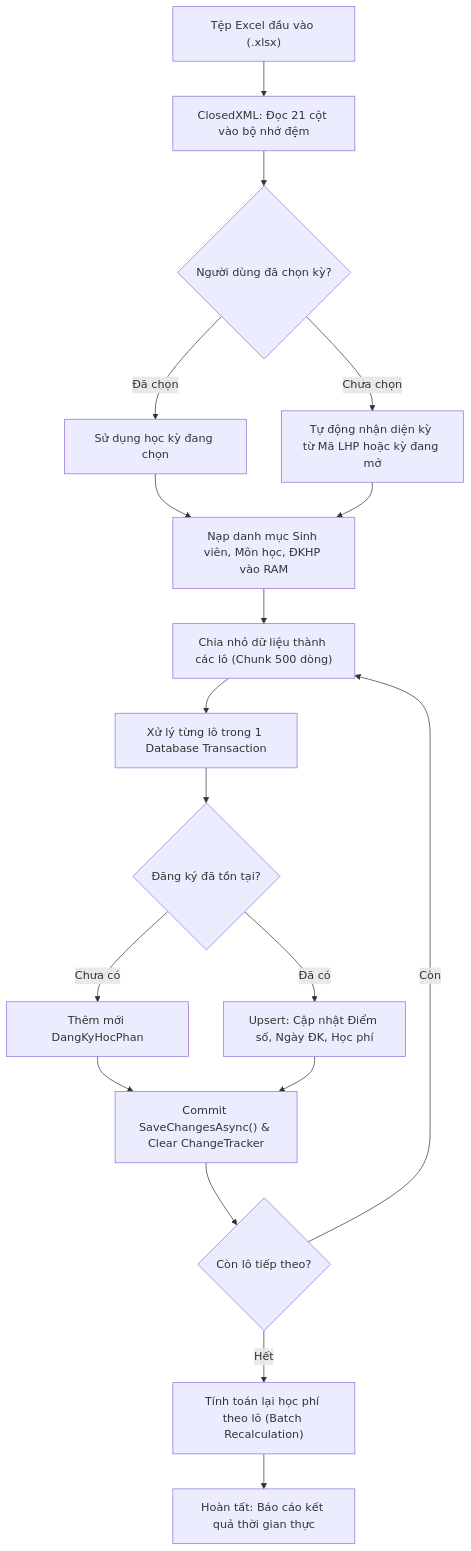
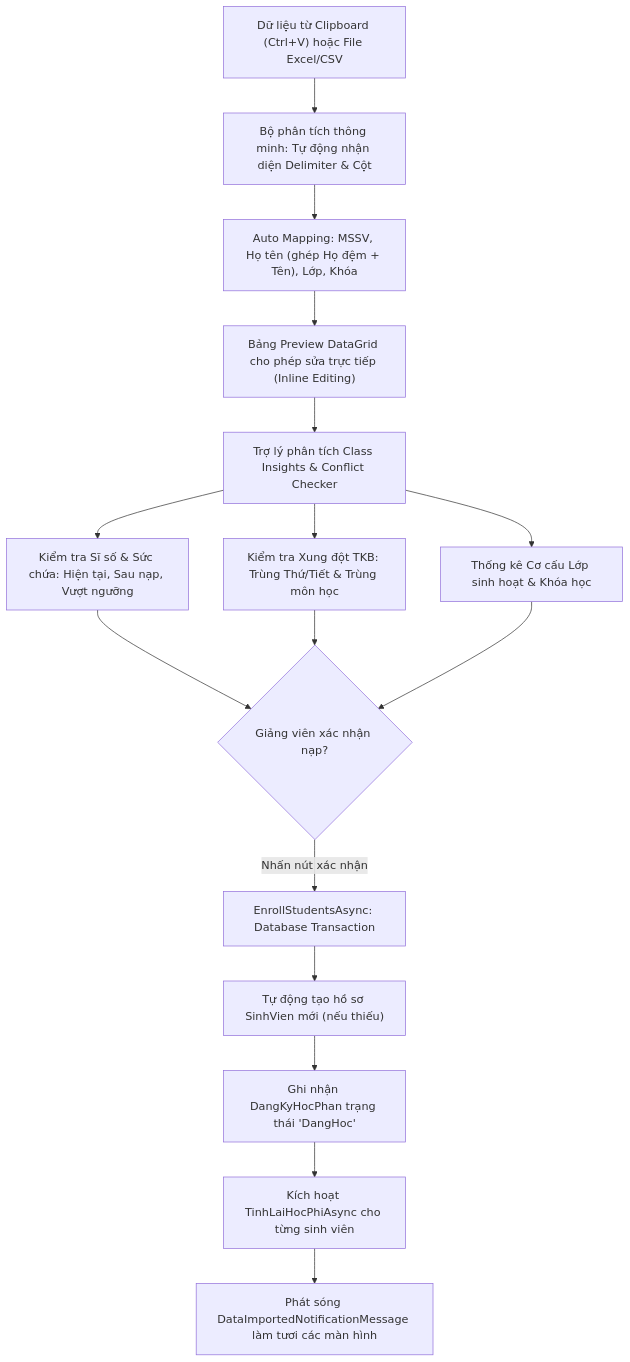
The diagram in docs/01-dac-ta-ung-dung/chuc-nang/F09-import-excel-du-lieu-lon.md (Nguyen06-CSE/quan-li-dang-ky-hoc-phan), drawn with Mermaid before and after one commit. The commit also changed other lines of this file and 16 other files, not shown here.

Commit message:
feat(upgrade-1): smart import studio clipboard paste, auto column mapping and class insights conflict checker

````diff
--- a/docs/01-dac-ta-ung-dung/chuc-nang/F09-import-excel-du-lieu-lon.md
+++ b/docs/01-dac-ta-ung-dung/chuc-nang/F09-import-excel-du-lieu-lon.md
@@ -52,20 +25,18 @@
 ```mermaid
 flowchart TD
-    File["Tệp Excel đầu vào (.xlsx)"] --> Parse["ClosedXML: Đọc 21 cột vào bộ nhớ đệm"]
-    Parse --> AutoDetectHk{"Người dùng đã chọn kỳ?"}
-    AutoDetectHk -- Đã chọn --> UseSelected["Sử dụng học kỳ đang chọn"]
-    AutoDetectHk -- Chưa chọn --> InferHk["Tự động nhận diện kỳ từ Mã LHP hoặc kỳ đang mở"]
-    UseSelected --> PreloadCache["Nạp danh mục Sinh viên, Môn học, ĐKHP vào RAM"]
-    InferHk --> PreloadCache
-    PreloadCache --> SplitBatch["Chia nhỏ dữ liệu thành các lô (Chunk 500 dòng)"]
-    SplitBatch --> ProcessChunk["Xử lý từng lô trong 1 Database Transaction"]
-    ProcessChunk --> CheckDkExists{"Đăng ký đã tồn tại?"}
-    CheckDkExists -- Chưa có --> InsertDk["Thêm mới DangKyHocPhan"]
-    CheckDkExists -- Đã có --> UpsertDk["Upsert: Cập nhật Điểm số, Ngày ĐK, Học phí"]
-    InsertDk --> CommitChunk["Commit SaveChangesAsync() & Clear ChangeTracker"]
-    UpsertDk --> CommitChunk
-    CommitChunk --> NextChunk{"Còn lô tiếp theo?"}
-    NextChunk -- Còn --> SplitBatch
-    NextChunk -- Hết --> RecalcTuition["Tính toán lại học phí theo lô (Batch Recalculation)"]
-    RecalcTuition --> Finish["Hoàn tất: Báo cáo kết quả thời gian thực"]
+    Source["Dữ liệu từ Clipboard (Ctrl+V) hoặc File Excel/CSV"] --> Parser["Bộ phân tích thông minh: Tự động nhận diện Delimiter & Cột"]
+    Parser --> Mapping["Auto Mapping: MSSV, Họ tên (ghép Họ đệm + Tên), Lớp, Khóa"]
+    Mapping --> Preview["Bảng Preview DataGrid cho phép sửa trực tiếp (Inline Editing)"]
+    Preview --> Validate["Trợ lý phân tích Class Insights & Conflict Checker"]
+    Validate --> CheckCap["Kiểm tra Sĩ số & Sức chứa: Hiện tại, Sau nạp, Vượt ngưỡng"]
+    Validate --> CheckConflict["Kiểm tra Xung đột TKB: Trùng Thứ/Tiết & Trùng môn học"]
+    Validate --> Demographics["Thống kê Cơ cấu Lớp sinh hoạt & Khóa học"]
+    CheckCap --> Action{"Giảng viên xác nhận nạp?"}
+    CheckConflict --> Action
+    Demographics --> Action
+    Action -- Nhấn nút xác nhận --> Enroll["EnrollStudentsAsync: Database Transaction"]
+    Enroll --> CreateSv["Tự động tạo hồ sơ SinhVien mới (nếu thiếu)"]
+    CreateSv --> CreateDk["Ghi nhận DangKyHocPhan trạng thái 'DangHoc'"]
+    CreateDk --> Recalc["Kích hoạt TinhLaiHocPhiAsync cho từng sinh viên"]
+    Recalc --> Notify["Phát sóng DataImportedNotificationMessage làm tươi các màn hình"]
 ```
````
